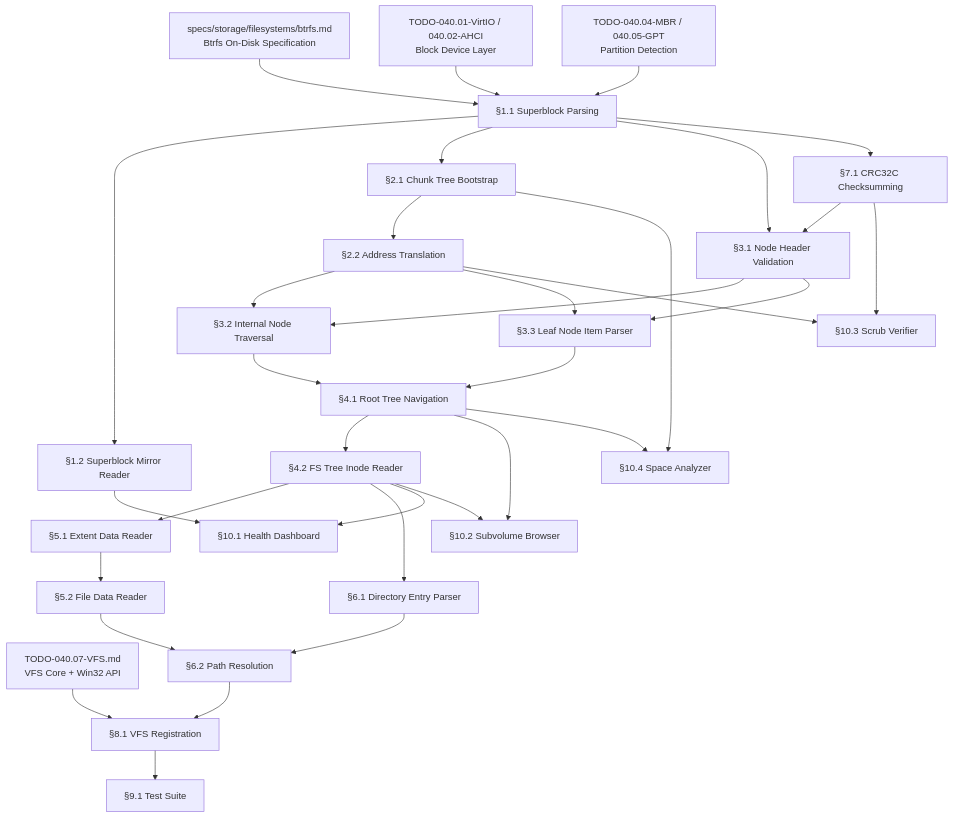
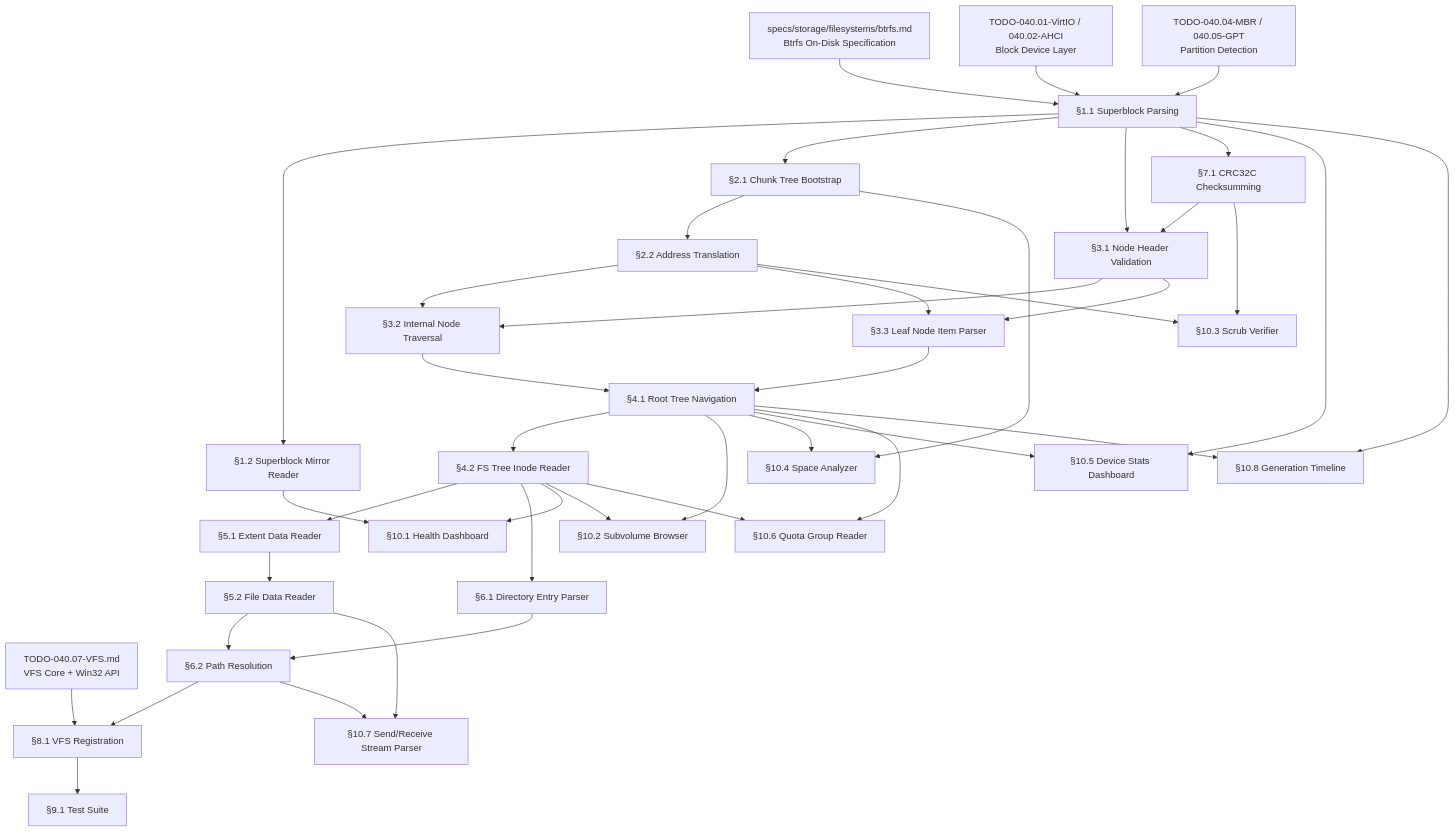
One commit to rizonesoft/impossible-os changed the diagram in todo/010-Kernel-Foundations/TODO-040-Filesystem/TODO-040.12-BTRS.md. Above: the diagram before and after it, drawn with Mermaid. The commit also changed other lines of this file and 5 other files, not shown here.

````diff
--- a/todo/010-Kernel-Foundations/TODO-040-Filesystem/TODO-040.12-BTRS.md
+++ b/todo/010-Kernel-Foundations/TODO-040-Filesystem/TODO-040.12-BTRS.md
@@ -40,61 +40,73 @@
 ```mermaid
 graph TD
     SPEC["specs/storage/filesystems/btrfs.md<br/>Btrfs On-Disk Specification"]
     BLK["TODO-040.01-VirtIO / 040.02-AHCI<br/>Block Device Layer"]
     PART["TODO-040.04-MBR / 040.05-GPT<br/>Partition Detection"]
     VFS["TODO-040.07-VFS.md<br/>VFS Core + Win32 API"]
 
     A["§1.1 Superblock Parsing"]
     B["§1.2 Superblock Mirror Reader"]
     C["§2.1 Chunk Tree Bootstrap"]
     D["§2.2 Address Translation"]
     E["§3.1 Node Header Validation"]
     F["§3.2 Internal Node Traversal"]
     G["§3.3 Leaf Node Item Parser"]
     H["§4.1 Root Tree Navigation"]
     I["§4.2 FS Tree Inode Reader"]
     J["§5.1 Extent Data Reader"]
     K["§5.2 File Data Reader"]
     L["§6.1 Directory Entry Parser"]
     M["§6.2 Path Resolution"]
     N["§7.1 CRC32C Checksumming"]
     O["§8.1 VFS Registration"]
     P["§9.1 Test Suite"]
     Q["§10.1 Health Dashboard"]
     R["§10.2 Subvolume Browser"]
     S["§10.3 Scrub Verifier"]
     T["§10.4 Space Analyzer"]
+    U["§10.5 Device Stats Dashboard"]
+    V["§10.6 Quota Group Reader"]
+    W["§10.7 Send/Receive Stream Parser"]
+    X["§10.8 Generation Timeline"]
 
     SPEC --> A
     BLK --> A
     PART --> A
     A --> B
     A --> C
     C --> D
     A --> E
+    A --> N
+    N --> E
     E --> F
     E --> G
     D --> F
     D --> G
     F --> H
     G --> H
     H --> I
     I --> J
     J --> K
     I --> L
     L --> M
     K --> M
     M --> O
     VFS --> O
-    A --> N
-    N --> E
     O --> P
     I --> Q
     B --> Q
     I --> R
     H --> R
     N --> S
     D --> S
     C --> T
     H --> T
+    H --> U
+    A --> U
+    I --> V
+    H --> V
+    K --> W
+    M --> W
+    H --> X
+    A --> X
 ```
````
